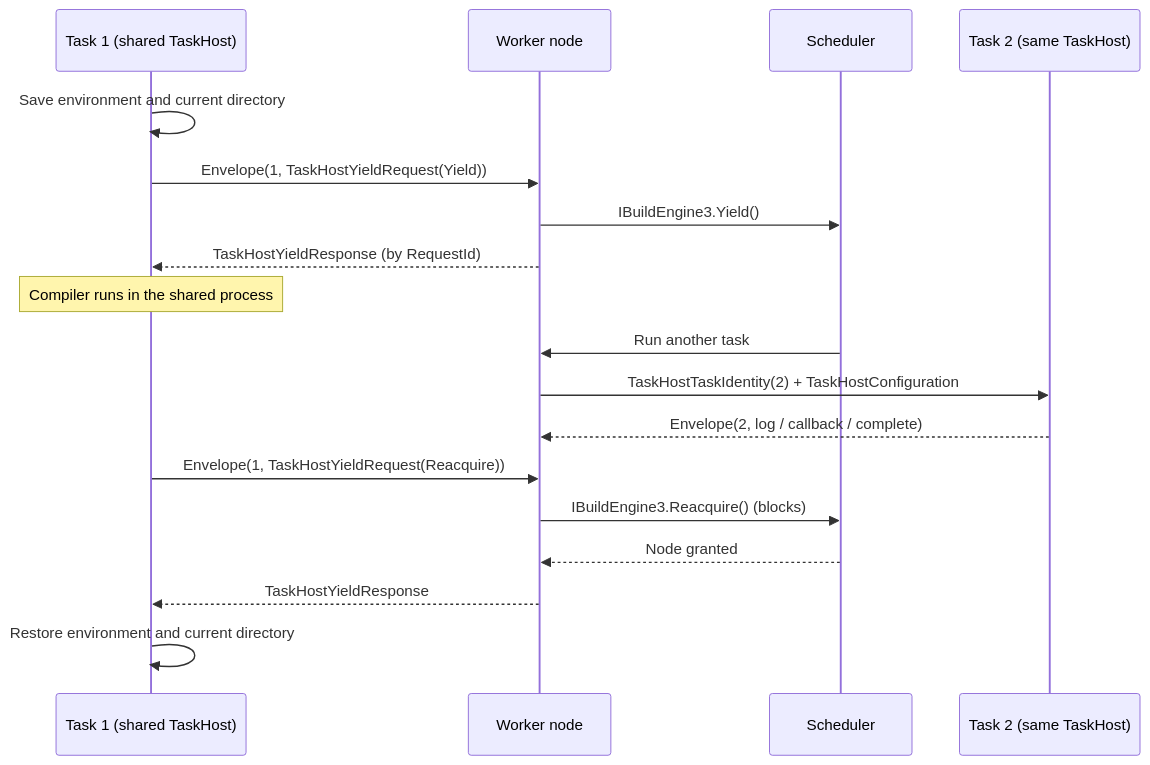
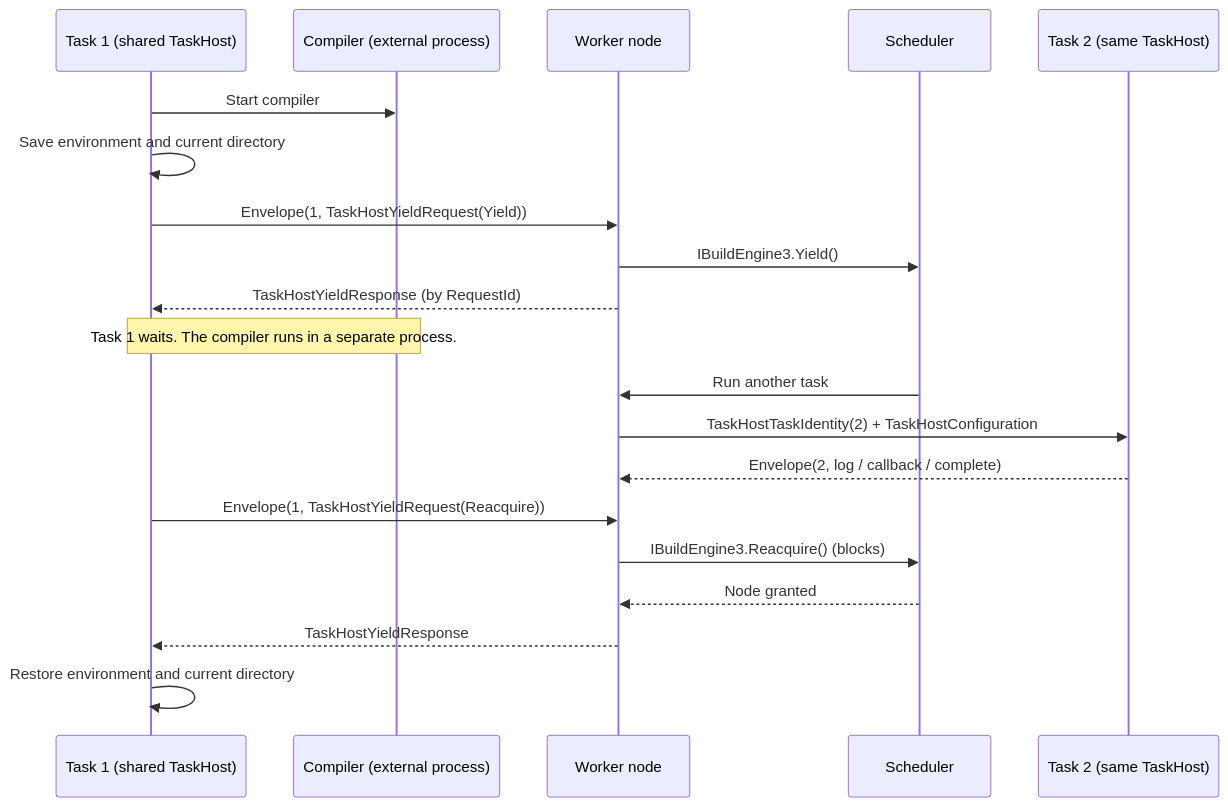
Before and after one commit to dotnet/msbuild: the second of 2 diagrams in documentation/specs/multithreading/taskhost-yield.md, drawn with Mermaid. The commit also changed other lines of this file, not shown here.

First line of the commit message:
Clarify TaskHost yield spec evidence

````diff
--- a/documentation/specs/multithreading/taskhost-yield.md
+++ b/documentation/specs/multithreading/taskhost-yield.md
@@ -92,21 +92,23 @@
 ```mermaid
 sequenceDiagram
     participant T1 as Task 1 (shared TaskHost)
+    participant C as Compiler (external process)
     participant WN as Worker node
     participant SC as Scheduler
     participant T2 as Task 2 (same TaskHost)
 
+    T1->>C: Start compiler
     T1->>T1: Save environment and current directory
     T1->>WN: Envelope(1, TaskHostYieldRequest(Yield))
     WN->>SC: IBuildEngine3.Yield()
     WN-->>T1: TaskHostYieldResponse (by RequestId)
-    Note over T1: Compiler runs in the shared process
+    Note over T1,C: Task 1 waits. The compiler runs in a separate process.
     SC->>WN: Run another task
     WN->>T2: TaskHostTaskIdentity(2) + TaskHostConfiguration
     T2-->>WN: Envelope(2, log / callback / complete)
     T1->>WN: Envelope(1, TaskHostYieldRequest(Reacquire))
     WN->>SC: IBuildEngine3.Reacquire() (blocks)
     SC-->>WN: Node granted
     WN-->>T1: TaskHostYieldResponse
     T1->>T1: Restore environment and current directory
 ```
````
